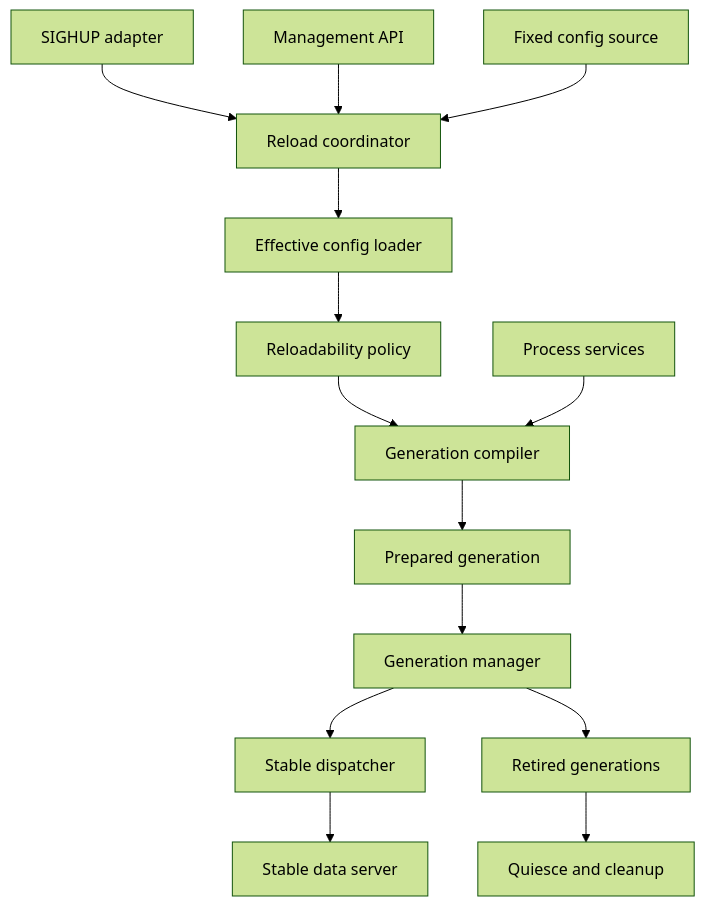
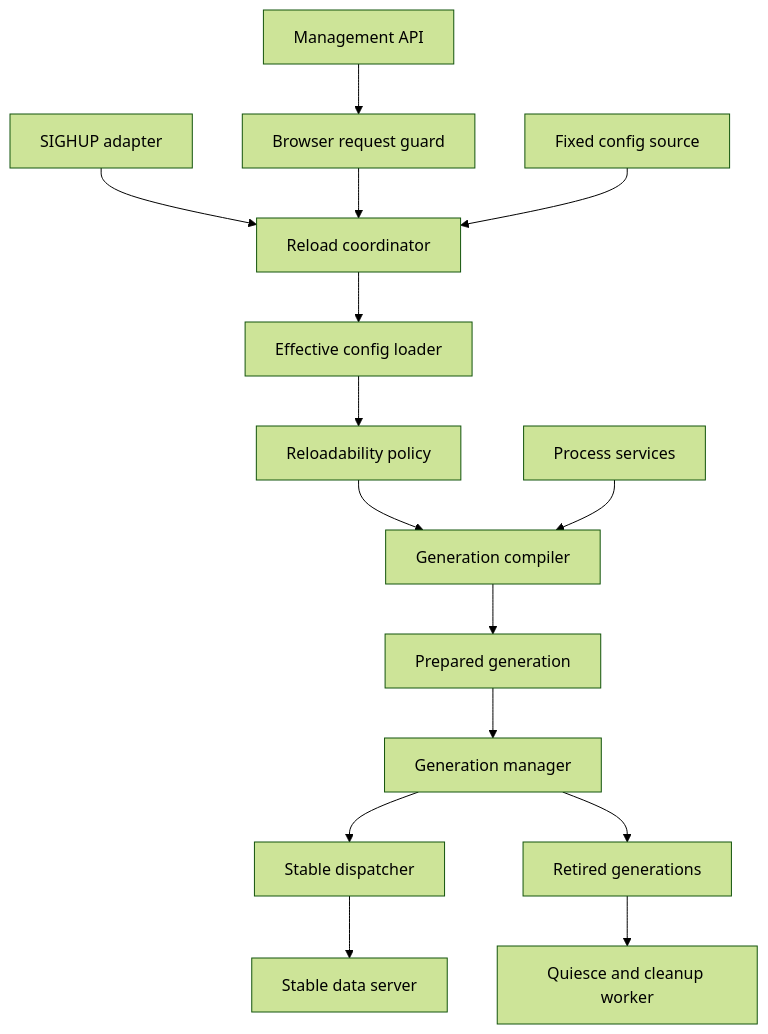
The second of 6 diagrams in .kiro/specs/versioned-runtime-reloadable-proxy-configuration/design.md (matdev83/go-llm-interactive-proxy), drawn with Mermaid (forest theme) before and after one commit. The commit also changed other lines of this file, not shown here.

````diff
--- a/.kiro/specs/versioned-runtime-reloadable-proxy-configuration/design.md
+++ b/.kiro/specs/versioned-runtime-reloadable-proxy-configuration/design.md
@@ -144,16 +171,17 @@
 ```mermaid
 graph TB
     Signal[SIGHUP adapter] --> Coordinator[Reload coordinator]
-    Admin[Management API] --> Coordinator
+    Admin[Management API] --> BrowserGuard[Browser request guard]
+    BrowserGuard --> Coordinator
     Source[Fixed config source] --> Coordinator
     Coordinator --> Loader[Effective config loader]
     Loader --> Policy[Reloadability policy]
     Policy --> Compiler[Generation compiler]
     Process[Process services] --> Compiler
     Compiler --> Candidate[Prepared generation]
     Candidate --> Manager[Generation manager]
     Manager --> Dispatcher[Stable dispatcher]
     Dispatcher --> Server[Stable data server]
     Manager --> Retired[Retired generations]
-    Retired --> Cleanup[Quiesce and cleanup]
+    Retired --> Lifecycle[Quiesce and cleanup worker]
 ```
````
